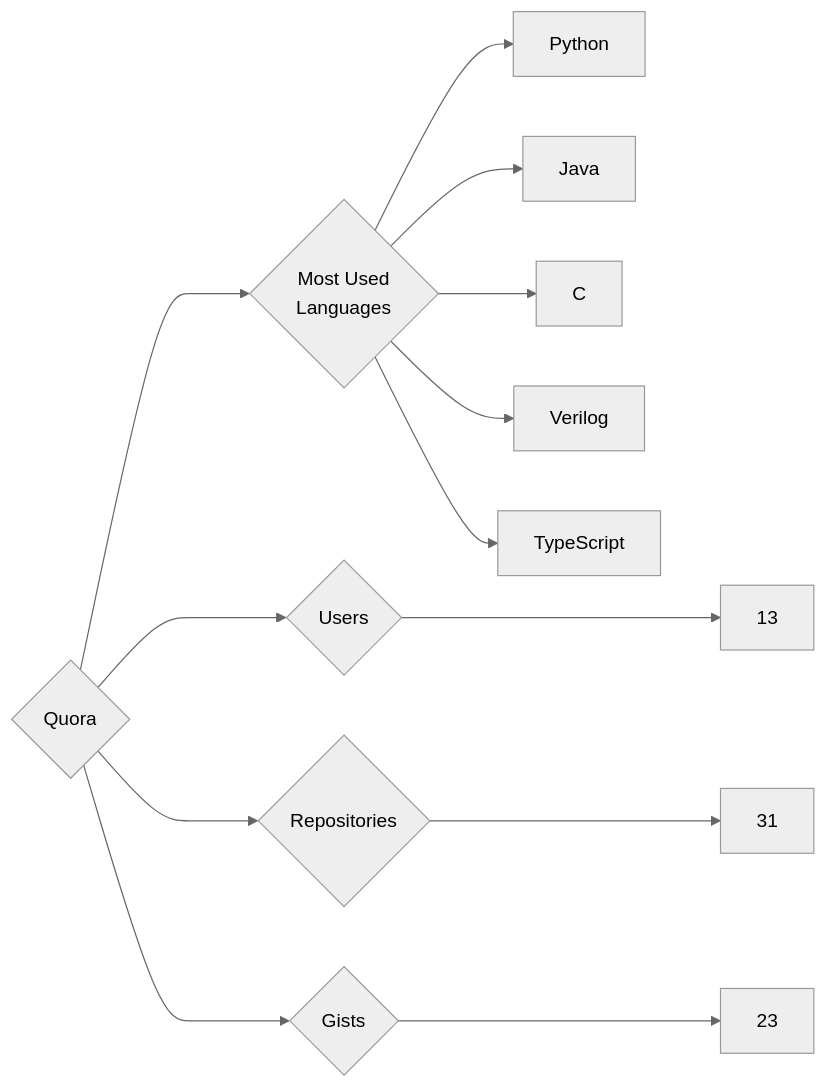
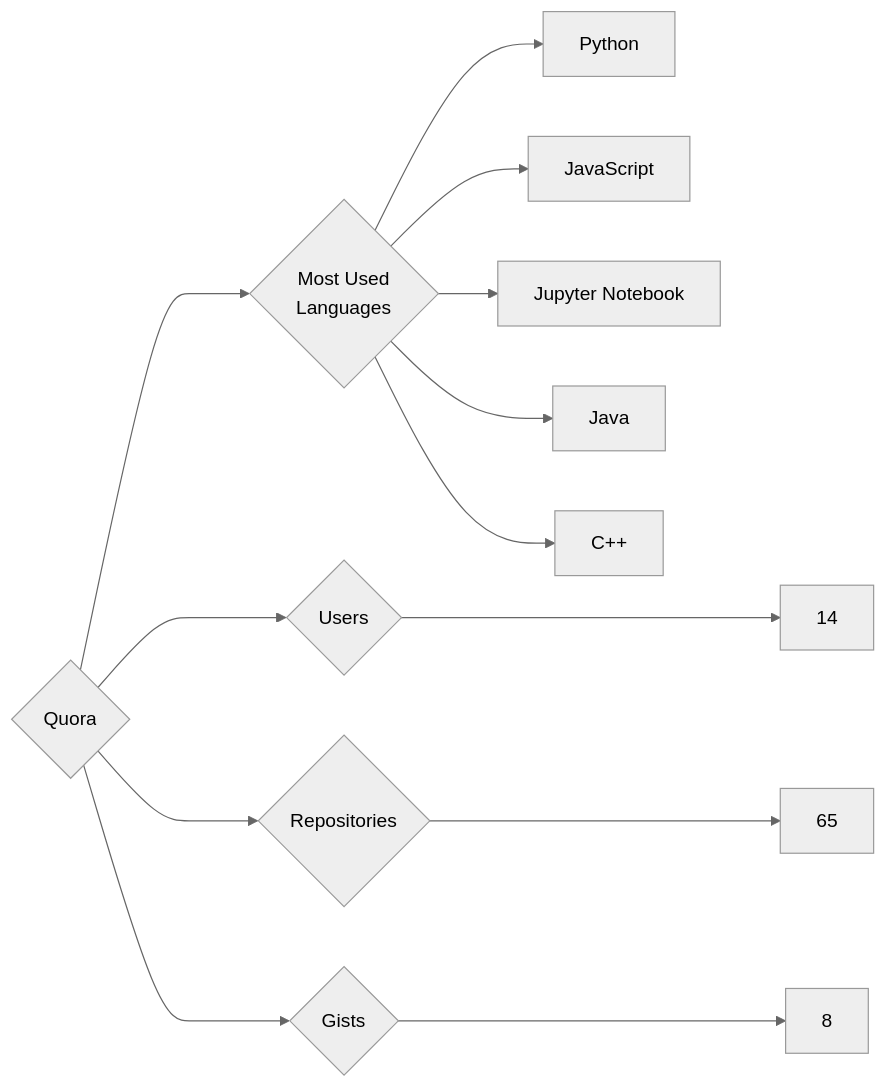
The diagram in targets/Quora/README.md (trickest/insiders), drawn with Mermaid (neutral theme) before and after one commit. The commit also changed 955 other files, not shown here.

````diff
--- a/targets/Quora/README.md
+++ b/targets/Quora/README.md
@@ -3,13 +3,13 @@
 ```mermaid
 graph LR
 COMPANY_NAME{Quora}
-COMPANY_NAME ---> U{Users} ---> UN[13]
-COMPANY_NAME ---> R{Repositories} ---> RN[31]
-COMPANY_NAME ---> G{Gists} ---> GN[23]
+COMPANY_NAME ---> U{Users} ---> UN[14]
+COMPANY_NAME ---> R{Repositories} ---> RN[65]
+COMPANY_NAME ---> G{Gists} ---> GN[8]
 COMPANY_NAME ---> ML{Most Used<br>Languages}
 ML --> Python[Python]
+ML --> JavaScript[JavaScript]
+ML --> Jupyter_Notebook[Jupyter Notebook]
 ML --> Java[Java]
-ML --> C[C]
-ML --> Verilog[Verilog]
-ML --> TypeScript[TypeScript]
+ML --> C++[C++]
 ```
````
